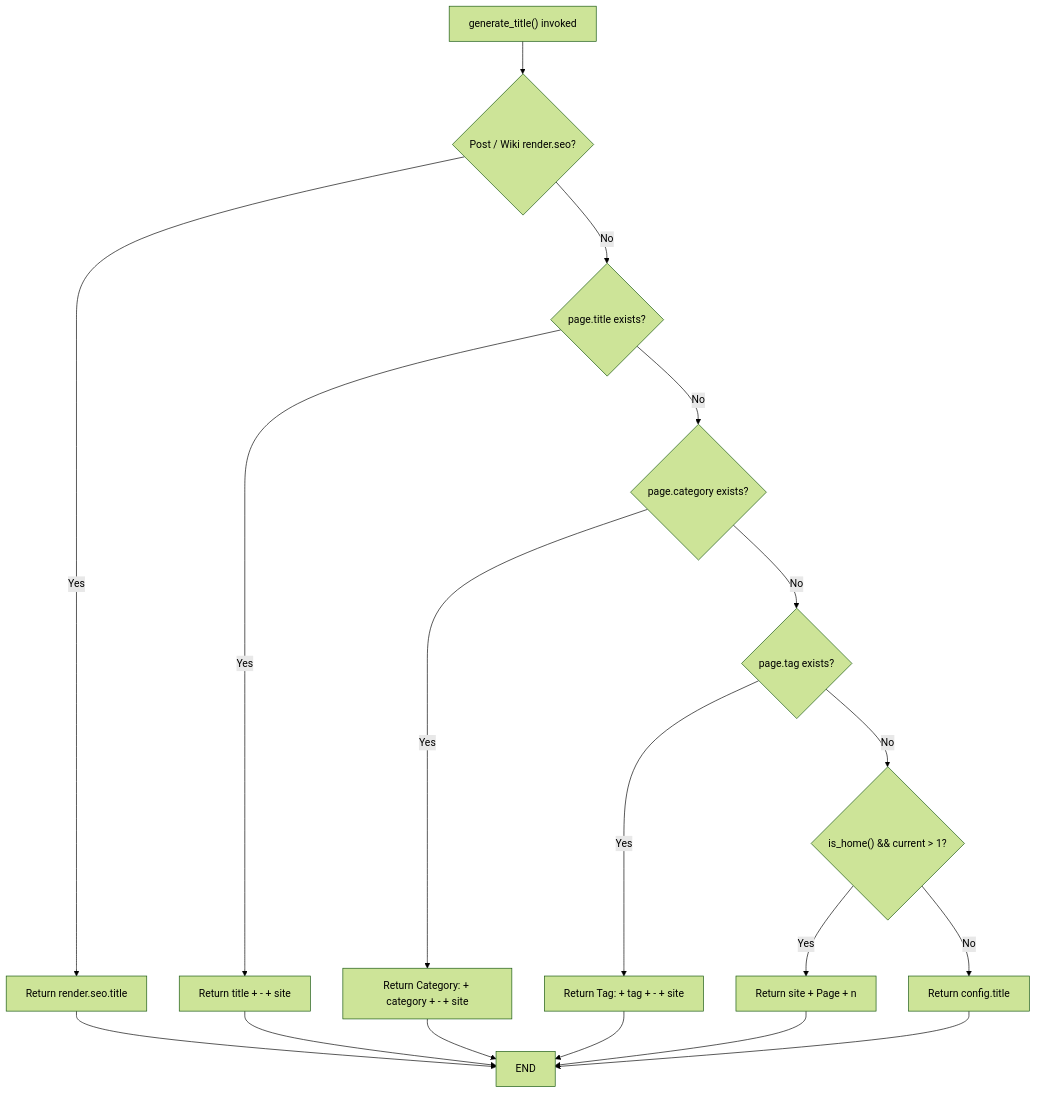
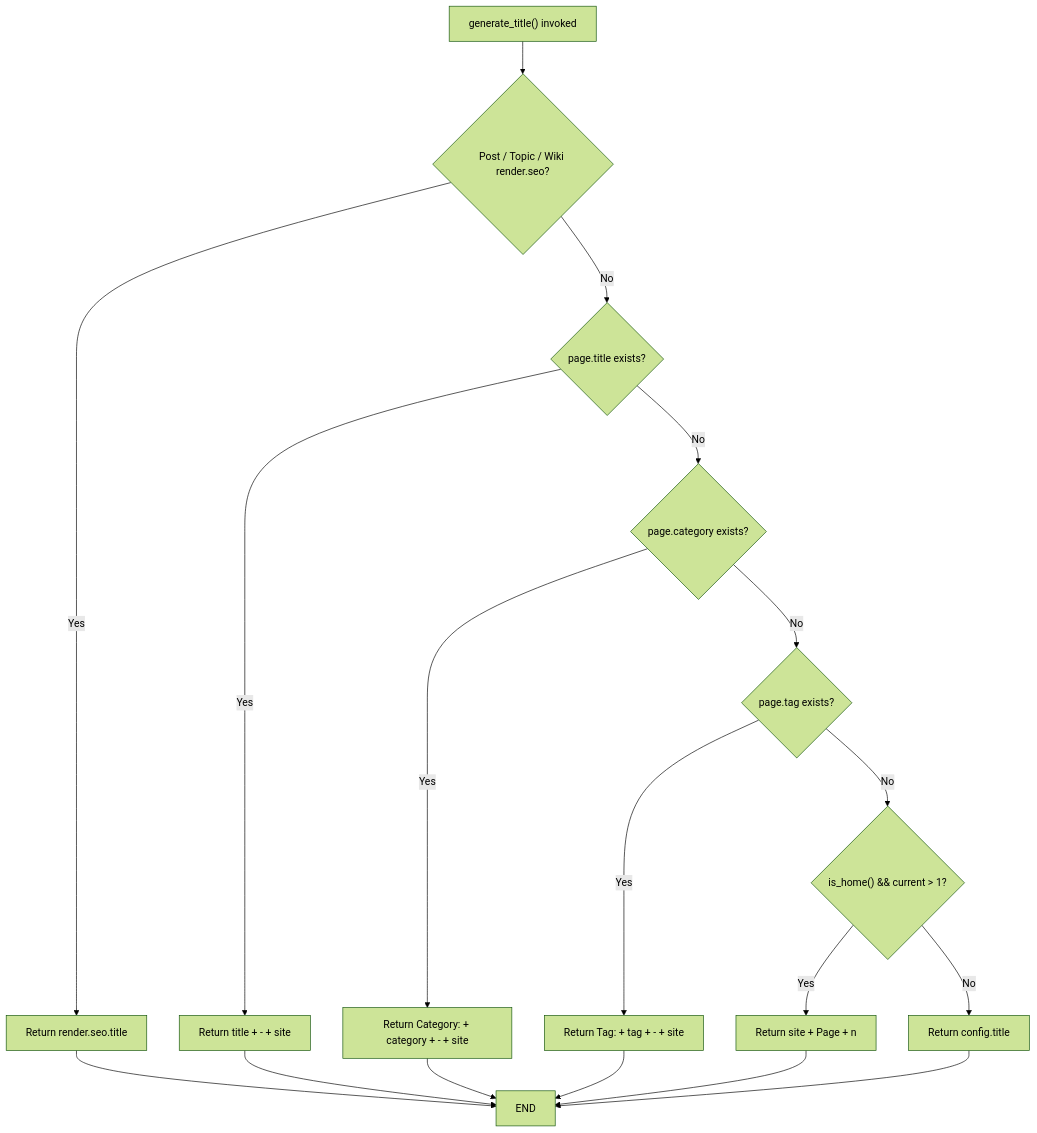
One commit to xaoxuu/hexo-theme-stellar changed the second of 8 diagrams in docs/knowledge/02-布局系统/head-seo.md. Above: the diagram before and after it, drawn with Mermaid (forest theme). The commit also changed other lines of this file and 40 other files, not shown here.

````diff
--- a/docs/knowledge/02-布局系统/head-seo.md
+++ b/docs/knowledge/02-布局系统/head-seo.md
@@ -128,21 +128,21 @@
 ```mermaid
 flowchart TD
-    START["generate_title() invoked"] --> HASMODEL{"Post / Wiki render.seo?"}
+    START["generate_title() invoked"] --> HASMODEL{"Post / Topic / Wiki render.seo?"}
     HASMODEL -->|Yes| MODELTITLE["Return render.seo.title"]
     HASMODEL -->|No| PAGECHECK{"page.title exists?"}
     PAGECHECK -->|Yes| PAGETITLE["Return title + - + site"]
     PAGECHECK -->|No| CATCHECK{"page.category exists?"}
     CATCHECK -->|Yes| CATTITLE["Return Category: + category + - + site"]
     CATCHECK -->|No| TAGCHECK{"page.tag exists?"}
     TAGCHECK -->|Yes| TAGTITLE["Return Tag: + tag + - + site"]
     TAGCHECK -->|No| PAGECHECK2{"is_home() && current > 1?"}
     PAGECHECK2 -->|Yes| PAGETITLE2["Return site + Page + n"]
     PAGECHECK2 -->|No| DEFAULTTITLE["Return config.title"]
     
     MODELTITLE --> END
     PAGETITLE --> END
     PAGETITLE2 --> END
     CATTITLE --> END
     TAGTITLE --> END
     DEFAULTTITLE --> END
 ```
````
